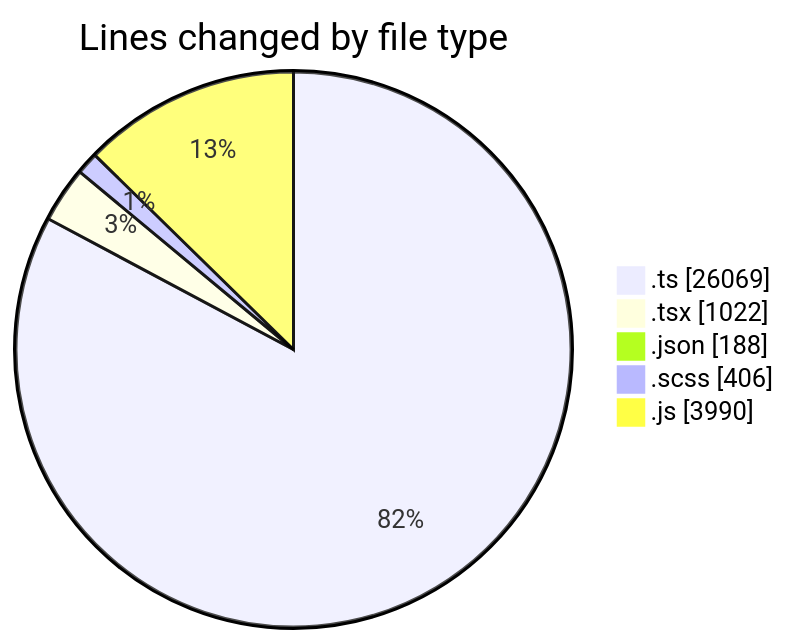
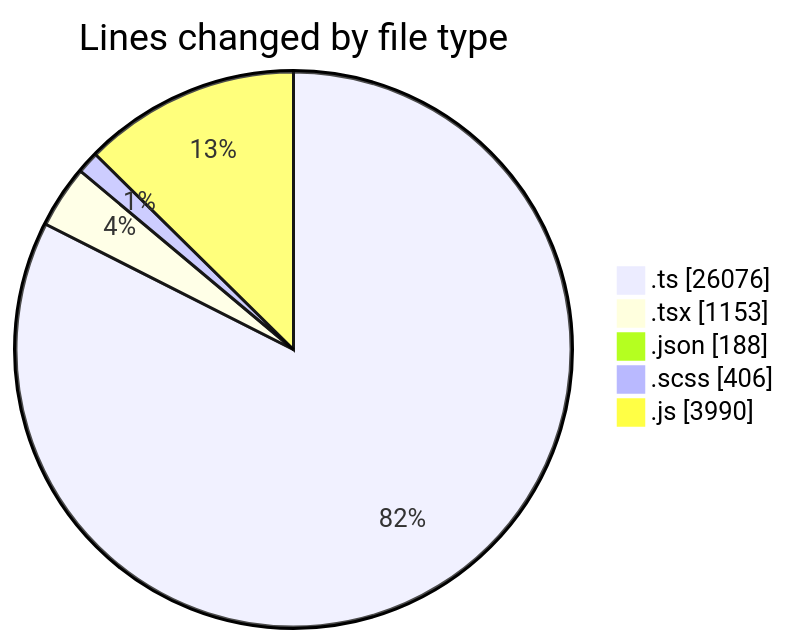
One commit to momahboobian/code-tracking changed the first of 2 diagrams in 2026-05-07/cda/README.md. Above: the diagram before and after it, drawn with Mermaid. The commit also changed other lines of this file and 1 other file, not shown here.

````diff
--- a/2026-05-07/cda/README.md
+++ b/2026-05-07/cda/README.md
@@ -41,9 +44,9 @@
 ```mermaid
 pie showData
 title Lines changed by file type
-".ts" : 26069
-".tsx" : 1022
+".ts" : 26076
+".tsx" : 1153
 ".json" : 188
 ".scss" : 406
 ".js" : 3990
 ```
````
